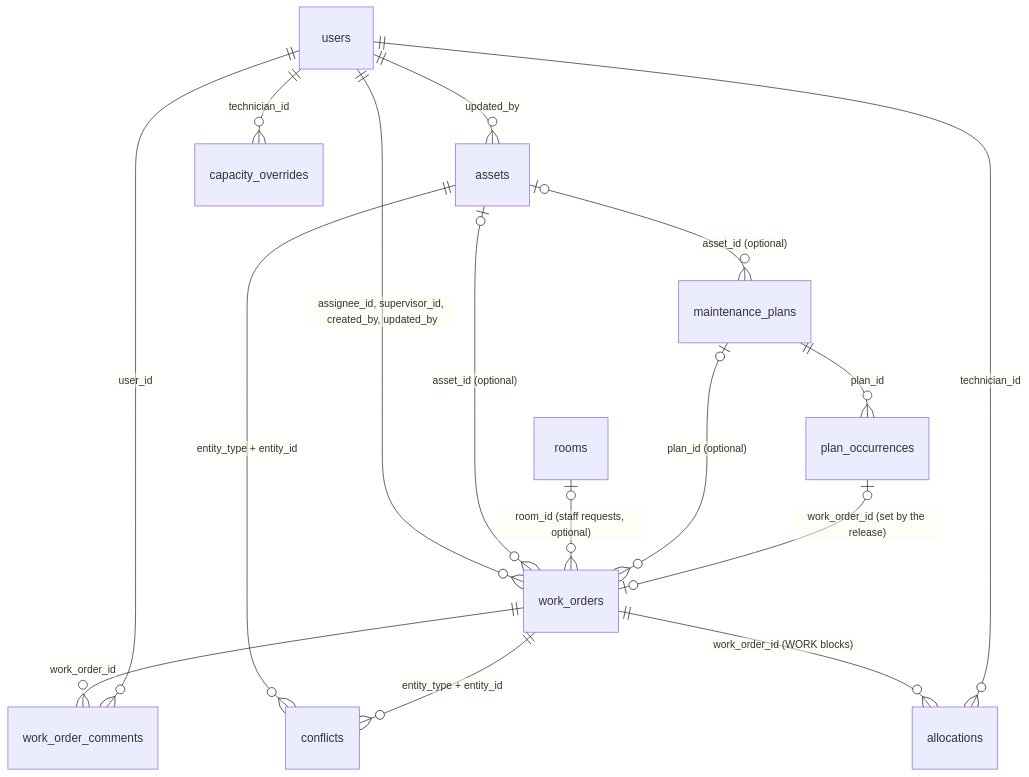
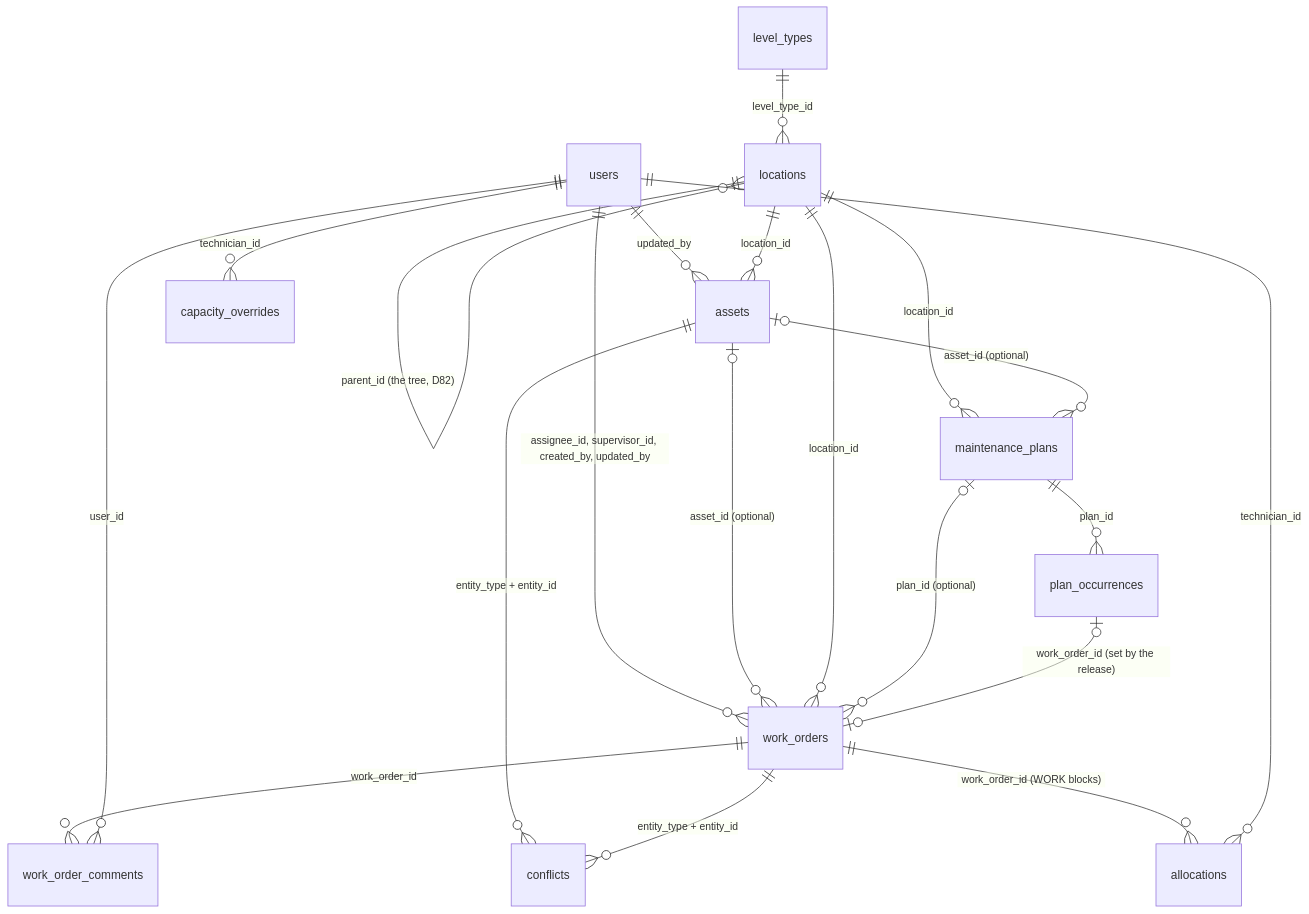
The first of 2 diagrams in docs/data-model.md (RCDeka/cmms-tool), drawn with Mermaid before and after one commit. The commit also changed other lines of this file and 93 other files, not shown here.

First line of the commit message:
feat: location tree (Phase 32, D82, D83)

````diff
--- a/docs/data-model.md
+++ b/docs/data-model.md
@@ -16,18 +16,22 @@
 ```mermaid
 erDiagram
     users ||--o{ work_orders : "assignee_id, supervisor_id, created_by, updated_by"
     users ||--o{ assets : "updated_by"
     work_orders ||--o{ work_order_comments : "work_order_id"
     users ||--o{ work_order_comments : "user_id"
     assets |o--o{ work_orders : "asset_id (optional)"
-    rooms |o--o{ work_orders : "room_id (staff requests, optional)"
+    locations ||--o{ locations : "parent_id (the tree, D82)"
+    level_types ||--o{ locations : "level_type_id"
+    locations ||--o{ assets : "location_id"
+    locations ||--o{ work_orders : "location_id"
+    locations ||--o{ maintenance_plans : "location_id"
     assets ||--o{ conflicts : "entity_type + entity_id"
     work_orders ||--o{ conflicts : "entity_type + entity_id"
     assets |o--o{ maintenance_plans : "asset_id (optional)"
     maintenance_plans ||--o{ plan_occurrences : "plan_id"
     maintenance_plans |o--o{ work_orders : "plan_id (optional)"
     plan_occurrences |o--o| work_orders : "work_order_id (set by the release)"
     work_orders ||--o{ allocations : "work_order_id (WORK blocks)"
     users ||--o{ allocations : "technician_id"
     users ||--o{ capacity_overrides : "technician_id"
 ```
````
